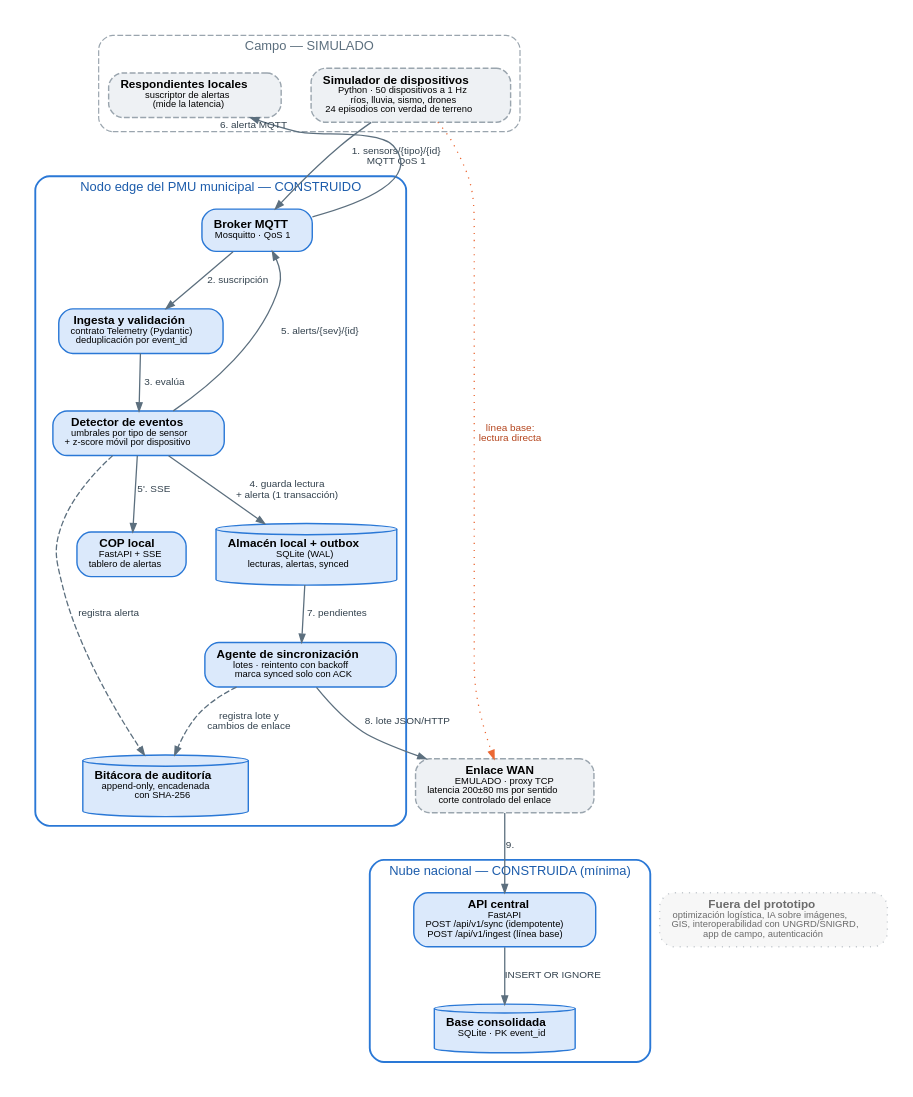
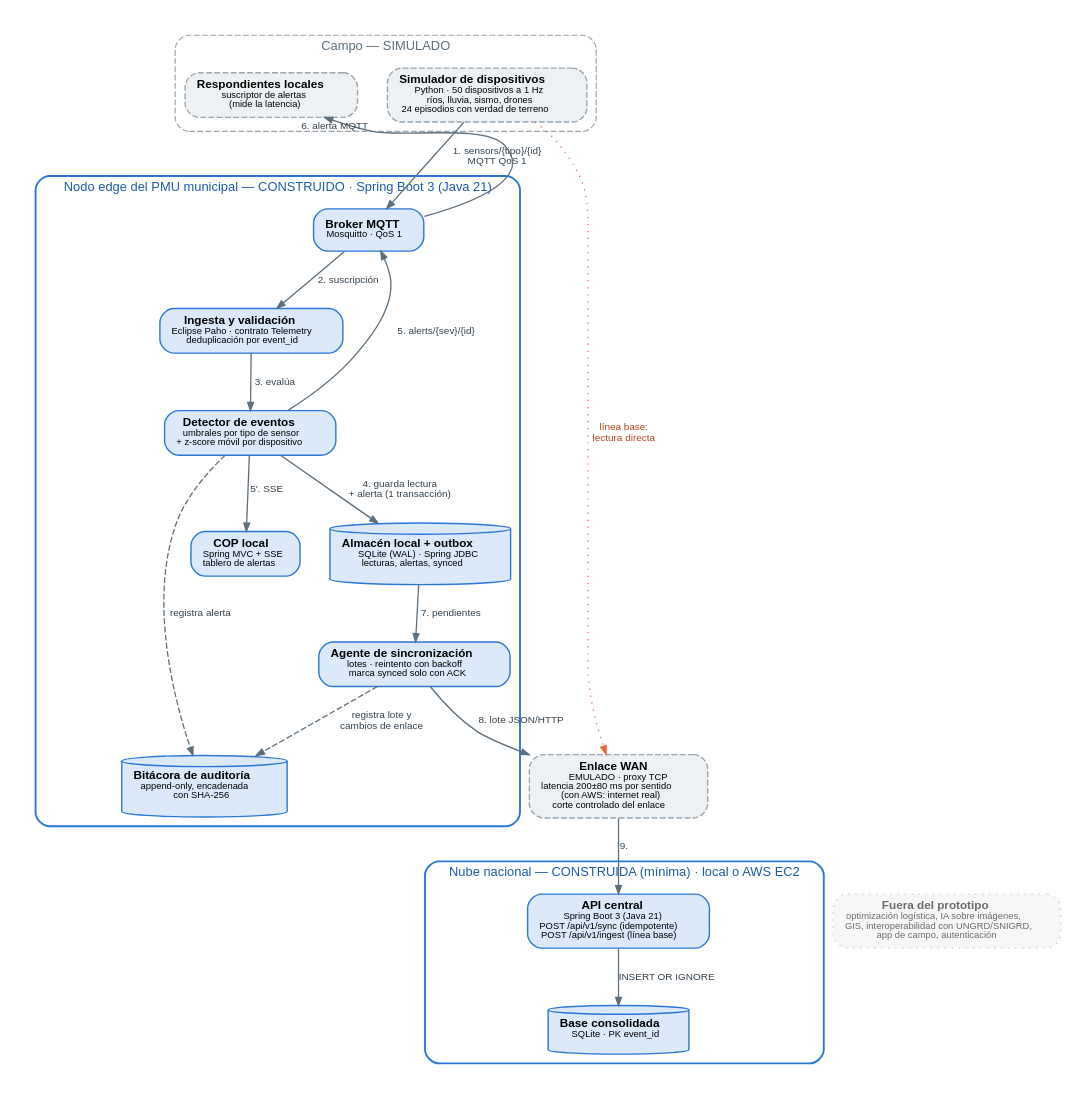
One commit to Cruz-Juan-r/AREP-Gestion-Desastres changed the diagram in docs/diagramas/prototipo_contenedores.dot. Above: the diagram before and after it, drawn with Graphviz. The commit also changed 8 other files, not shown here.

First line of the commit message:
Actualiza el documento con el prototipo en Spring Boot y la nube en AWS

```diff
--- a/docs/diagramas/prototipo_contenedores.dot
+++ b/docs/diagramas/prototipo_contenedores.dot
@@ -1,59 +1,59 @@
 // Vista de contenedores del prototipo (estilo C4, nivel 2)
 // Render: dot -Tpng -Gdpi=200 prototipo_contenedores.dot -o prototipo_contenedores.png
 digraph prototipo {
   graph [rankdir=TB, forcelabels=true, fontname="Helvetica", fontsize=11, nodesep=0.35, ranksep=0.55,
          pad=0.2, newrank=true, compound=true, bgcolor="white"];
   node  [shape=box, style="rounded,filled", fontname="Helvetica", fontsize=10,
          margin="0.14,0.08", penwidth=1.2];
   edge  [fontname="Helvetica", fontsize=8.5, color="#5c6f7e", fontcolor="#33424e",
          arrowsize=0.7, penwidth=1.1];
 
   // construido = azul sólido; simulado/emulado = gris discontinuo
   subgraph cluster_campo {
     label="Campo — SIMULADO"; style="rounded,dashed"; color="#9aa5ae"; fontcolor="#5c6f7e";
     sensores [label=<<b>Simulador de dispositivos</b><br/><font point-size="8.5">Python · 50 dispositivos a 1 Hz<br/>ríos, lluvia, sismo, drones<br/>24 episodios con verdad de terreno</font>>,
               fillcolor="#eef1f4", color="#9aa5ae", style="rounded,filled,dashed"];
     respondientes [label=<<b>Respondientes locales</b><br/><font point-size="8.5">suscriptor de alertas<br/>(mide la latencia)</font>>,
               fillcolor="#eef1f4", color="#9aa5ae", style="rounded,filled,dashed"];
   }
 
   subgraph cluster_edge {
-    label="Nodo edge del PMU municipal — CONSTRUIDO"; style="rounded"; color="#2a78d6"; fontcolor="#1c5cab"; penwidth=1.6;
+    label="Nodo edge del PMU municipal — CONSTRUIDO · Spring Boot 3 (Java 21)"; style="rounded"; color="#2a78d6"; fontcolor="#1c5cab"; penwidth=1.6;
     broker   [label=<<b>Broker MQTT</b><br/><font point-size="8.5">Mosquitto · QoS 1</font>>, fillcolor="#dbe9fb", color="#2a78d6"];
-    ingesta  [label=<<b>Ingesta y validación</b><br/><font point-size="8.5">contrato Telemetry (Pydantic)<br/>deduplicación por event_id</font>>, fillcolor="#dbe9fb", color="#2a78d6"];
+    ingesta  [label=<<b>Ingesta y validación</b><br/><font point-size="8.5">Eclipse Paho · contrato Telemetry<br/>deduplicación por event_id</font>>, fillcolor="#dbe9fb", color="#2a78d6"];
     detector [label=<<b>Detector de eventos</b><br/><font point-size="8.5">umbrales por tipo de sensor<br/>+ z-score móvil por dispositivo</font>>, fillcolor="#dbe9fb", color="#2a78d6"];
-    store    [label=<<b>Almacén local + outbox</b><br/><font point-size="8.5">SQLite (WAL)<br/>lecturas, alertas, synced</font>>, shape=cylinder, fillcolor="#dbe9fb", color="#2a78d6"];
+    store    [label=<<b>Almacén local + outbox</b><br/><font point-size="8.5">SQLite (WAL) · Spring JDBC<br/>lecturas, alertas, synced</font>>, shape=cylinder, fillcolor="#dbe9fb", color="#2a78d6"];
     audit    [label=<<b>Bitácora de auditoría</b><br/><font point-size="8.5">append-only, encadenada<br/>con SHA-256</font>>, shape=cylinder, fillcolor="#dbe9fb", color="#2a78d6"];
     sync     [label=<<b>Agente de sincronización</b><br/><font point-size="8.5">lotes · reintento con backoff<br/>marca synced solo con ACK</font>>, fillcolor="#dbe9fb", color="#2a78d6"];
-    cop      [label=<<b>COP local</b><br/><font point-size="8.5">FastAPI + SSE<br/>tablero de alertas</font>>, fillcolor="#dbe9fb", color="#2a78d6"];
+    cop      [label=<<b>COP local</b><br/><font point-size="8.5">Spring MVC + SSE<br/>tablero de alertas</font>>, fillcolor="#dbe9fb", color="#2a78d6"];
   }
 
-  wan [label=<<b>Enlace WAN</b><br/><font point-size="8.5">EMULADO · proxy TCP<br/>latencia 200±80 ms por sentido<br/>corte controlado del enlace</font>>,
+  wan [label=<<b>Enlace WAN</b><br/><font point-size="8.5">EMULADO · proxy TCP<br/>latencia 200±80 ms por sentido<br/>(con AWS: internet real)<br/>corte controlado del enlace</font>>,
        fillcolor="#eef1f4", color="#9aa5ae", style="rounded,filled,dashed"];
 
   subgraph cluster_nube {
-    label="Nube nacional — CONSTRUIDA (mínima)"; style="rounded"; color="#2a78d6"; fontcolor="#1c5cab"; penwidth=1.6;
-    api   [label=<<b>API central</b><br/><font point-size="8.5">FastAPI<br/>POST /api/v1/sync (idempotente)<br/>POST /api/v1/ingest (línea base)</font>>, fillcolor="#dbe9fb", color="#2a78d6"];
+    label="Nube nacional — CONSTRUIDA (mínima) · local o AWS EC2"; style="rounded"; color="#2a78d6"; fontcolor="#1c5cab"; penwidth=1.6;
+    api   [label=<<b>API central</b><br/><font point-size="8.5">Spring Boot 3 (Java 21)<br/>POST /api/v1/sync (idempotente)<br/>POST /api/v1/ingest (línea base)</font>>, fillcolor="#dbe9fb", color="#2a78d6"];
     dbn   [label=<<b>Base consolidada</b><br/><font point-size="8.5">SQLite · PK event_id</font>>, shape=cylinder, fillcolor="#dbe9fb", color="#2a78d6"];
   }
 
   fuera [label=<<b>Fuera del prototipo</b><br/><font point-size="8.5">optimización logística, IA sobre imágenes,<br/>GIS, interoperabilidad con UNGRD/SNIGRD,<br/>app de campo, autenticación</font>>,
          fillcolor="#f7f7f7", color="#c4c9ce", fontcolor="#6b6b6b", style="rounded,filled,dotted"];
 
   sensores -> broker   [label="1. sensors/{tipo}/{id}\nMQTT QoS 1", labelangle=0];
   broker   -> ingesta  [label="2. suscripción"];
   ingesta  -> detector [label="3. evalúa"];
   detector -> store    [label="4. guarda lectura\n+ alerta (1 transacción)"];
   detector -> audit    [label="registra alerta", style=dashed];
   detector -> broker   [label="5. alerts/{sev}/{id}", constraint=false];
   broker   -> respondientes [xlabel="6. alerta MQTT", constraint=false];
   detector -> cop      [label="5'. SSE"];
   store    -> sync     [label="7. pendientes"];
   sync     -> wan      [label="8. lote JSON/HTTP"];
   wan      -> api      [label="9."];
   api      -> dbn      [label="INSERT OR IGNORE"];
   sync     -> audit    [label="registra lote y\ncambios de enlace", style=dashed];
   sensores -> wan      [label="línea base:\nlectura directa", style=dotted, color="#eb6834", fontcolor="#b4441c"];
 
   { rank=same; api; fuera }
 }
```
